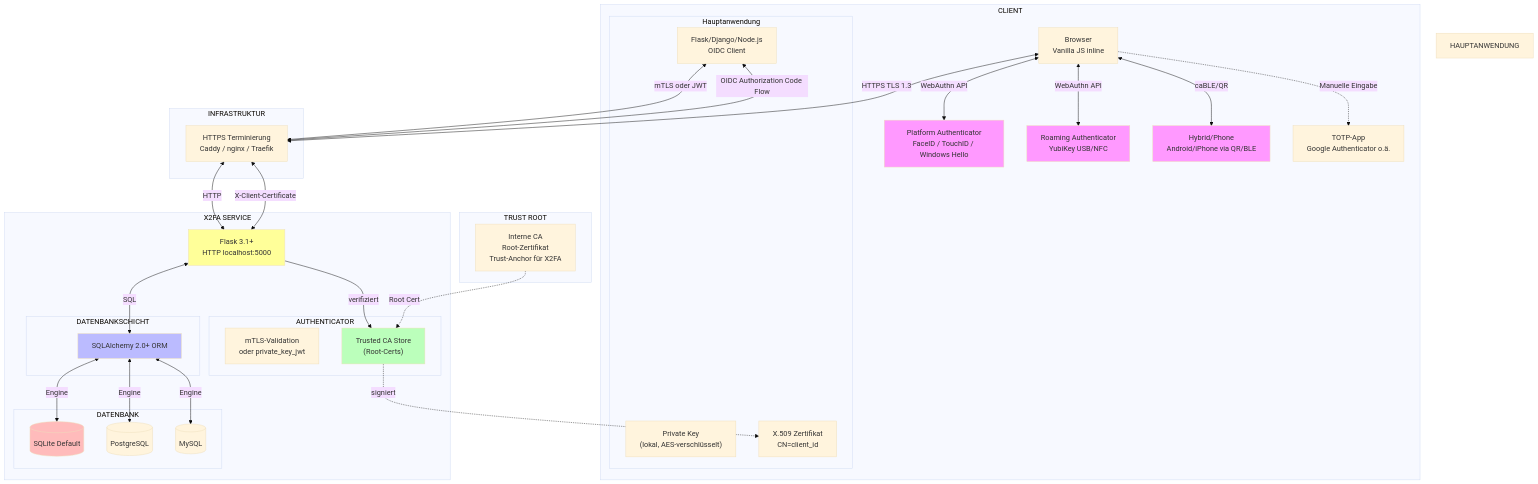
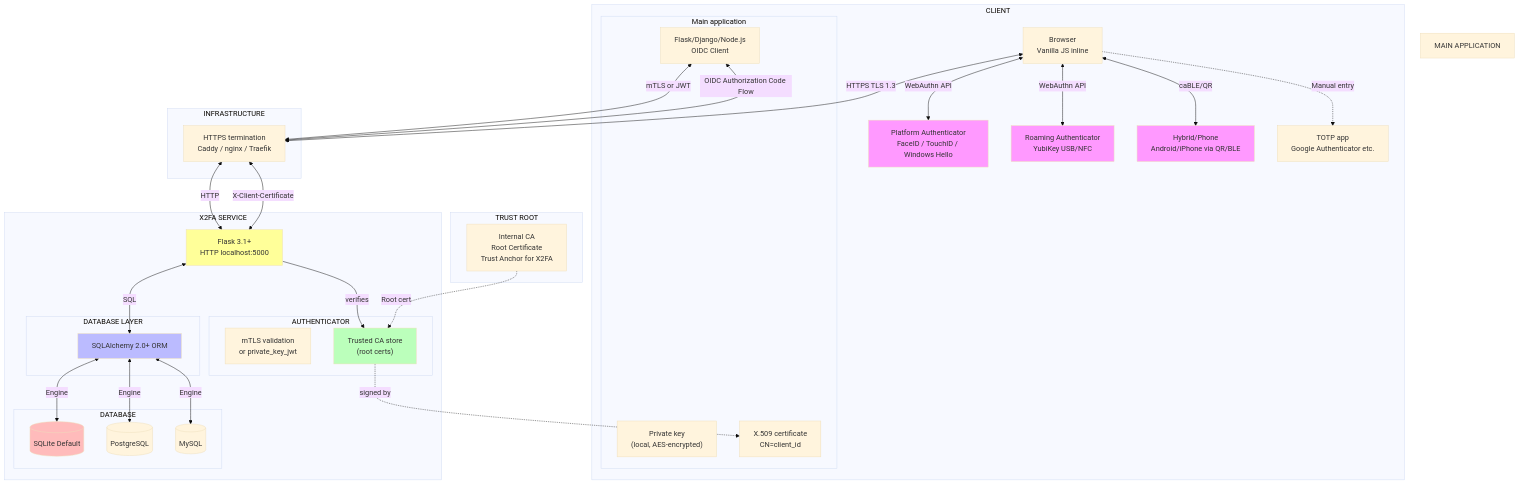
The first of 7 diagrams in docs/x2fa_architecture_concept.md (Inqbus/x2fa), drawn with Mermaid (base theme) before and after one commit. The commit also changed other lines of this file and 5 other files, not shown here.

````diff
--- a/docs/x2fa_architecture_concept.md
+++ b/docs/x2fa_architecture_concept.md
@@ -43,74 +43,74 @@
 ```mermaid
 graph TB
     subgraph "TRUST ROOT"
-        CA["Interne CA<br/>Root-Zertifikat<br/>Trust-Anchor für X2FA"]
+        CA["Internal CA<br/>Root Certificate<br/>Trust Anchor for X2FA"]
     end
     
     subgraph "CLIENT"
         Browser["Browser<br/>Vanilla JS inline"]
         PlatformAuth["Platform Authenticator<br/>FaceID / TouchID / Windows Hello"]
         RoamingAuth["Roaming Authenticator<br/>YubiKey USB/NFC"]
         HybridAuth["Hybrid/Phone<br/>Android/iPhone via QR/BLE"]
-        TOTPApp["TOTP-App<br/>Google Authenticator o.ä."]
+        TOTPApp["TOTP app<br/>Google Authenticator etc."]
         
-        subgraph "Hauptanwendung"
+        subgraph "Main application"
             App["Flask/Django/Node.js<br/>OIDC Client"]
-            Key["Private Key<br/>(lokal, AES-verschlüsselt)"]
-            Cert["X.509 Zertifikat<br/>CN=client_id"]
+            Key["Private key<br/>(local, AES-encrypted)"]
+            Cert["X.509 certificate<br/>CN=client_id"]
         end
     end
 
-    subgraph "INFRASTRUKTUR"
-        TLS["HTTPS Terminierung<br/>Caddy / nginx / Traefik"]
+    subgraph "INFRASTRUCTURE"
+        TLS["HTTPS termination<br/>Caddy / nginx / Traefik"]
     end
 
     subgraph "X2FA SERVICE"
         Flask["Flask 3.1+<br/>HTTP localhost:5000"]
         
         subgraph "AUTHENTICATOR"
-            MTLS["mTLS-Validation<br/>oder private_key_jwt"]
-            TrustedCA["Trusted CA Store<br/>(Root-Certs)"]
+            MTLS["mTLS validation<br/>or private_key_jwt"]
+            TrustedCA["Trusted CA store<br/>(root certs)"]
         end
 
-        subgraph "DATENBANKSCHICHT"
+        subgraph "DATABASE LAYER"
             SQLAlchemy["SQLAlchemy 2.0+ ORM"]
         end
 
-        subgraph "DATENBANK"
+        subgraph "DATABASE"
             SQLite[("SQLite Default")]
             Postgres[("PostgreSQL")]
             MySQL[("MySQL")]
         end
     end
 
-    MainApp["HAUPTANWENDUNG"]
+    MainApp["MAIN APPLICATION"]
 
     Browser <-->|"HTTPS TLS 1.3"| TLS
     TLS <-->|"HTTP"| Flask
     Flask <-->|"SQL"| SQLAlchemy
     SQLAlchemy <-->|"Engine"| SQLite
     SQLAlchemy <-->|"Engine"| Postgres
     SQLAlchemy <-->|"Engine"| MySQL
 
     Browser <-->|"WebAuthn API"| PlatformAuth
     Browser <-->|"WebAuthn API"| RoamingAuth
     Browser <-->|"caBLE/QR"| HybridAuth
-    Browser -.->|"Manuelle Eingabe"| TOTPApp
+    Browser -.->|"Manual entry"| TOTPApp
 
-    App <-->|"mTLS oder JWT"| TLS
+    App <-->|"mTLS or JWT"| TLS
     TLS <-->|"X-Client-Certificate"| Flask
     
     App <-->|"OIDC Authorization Code Flow"| TLS
     
-    Flask -->|"verifiziert"| TrustedCA
-    TrustedCA -.->|"signiert"| Cert
-    CA -.->|"Root Cert"| TrustedCA
+    Flask -->|"verifies"| TrustedCA
+    TrustedCA -.->|"signed by"| Cert
+    CA -.->|"Root cert"| TrustedCA
     
     style PlatformAuth fill:#f9f
     style RoamingAuth fill:#f9f
     style HybridAuth fill:#f9f
     style Flask fill:#ff9
     style SQLAlchemy fill:#bbf
     style SQLite fill:#fbb
     style TrustedCA fill:#bfb
 ```
````
